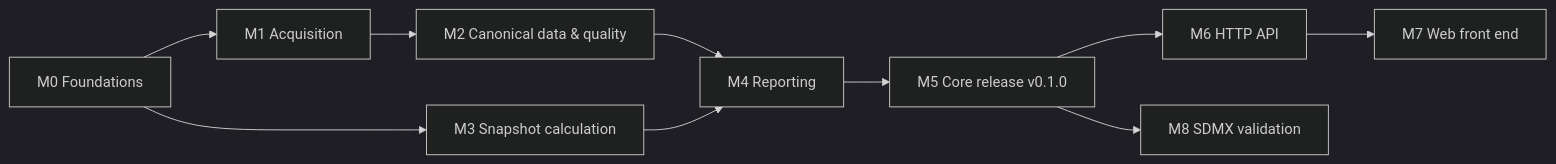
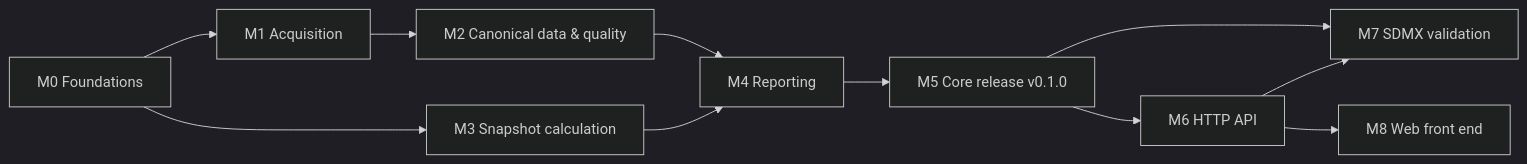
Before and after one commit to andrea-dm/policy-rate-monitor: the diagram in docs/milestones.md, drawn with Mermaid (dark theme). The commit also changed other lines of this file, not shown here.

Commit message:
docs: swap M7 and M8 so the web front end comes last

````diff
--- a/docs/milestones.md
+++ b/docs/milestones.md
@@ -56,12 +56,13 @@
 ```mermaid
 flowchart LR
     M0[M0 Foundations] --> M1[M1 Acquisition]
     M1 --> M2[M2 Canonical data & quality]
     M0 --> M3[M3 Snapshot calculation]
     M2 --> M4[M4 Reporting]
     M3 --> M4
     M4 --> M5[M5 Core release v0.1.0]
     M5 --> M6[M6 HTTP API]
-    M6 --> M7[M7 Web front end]
-    M5 --> M8[M8 SDMX validation]
+    M5 --> M7[M7 SDMX validation]
+    M6 --> M7
+    M6 --> M8[M8 Web front end]
 ```
````
